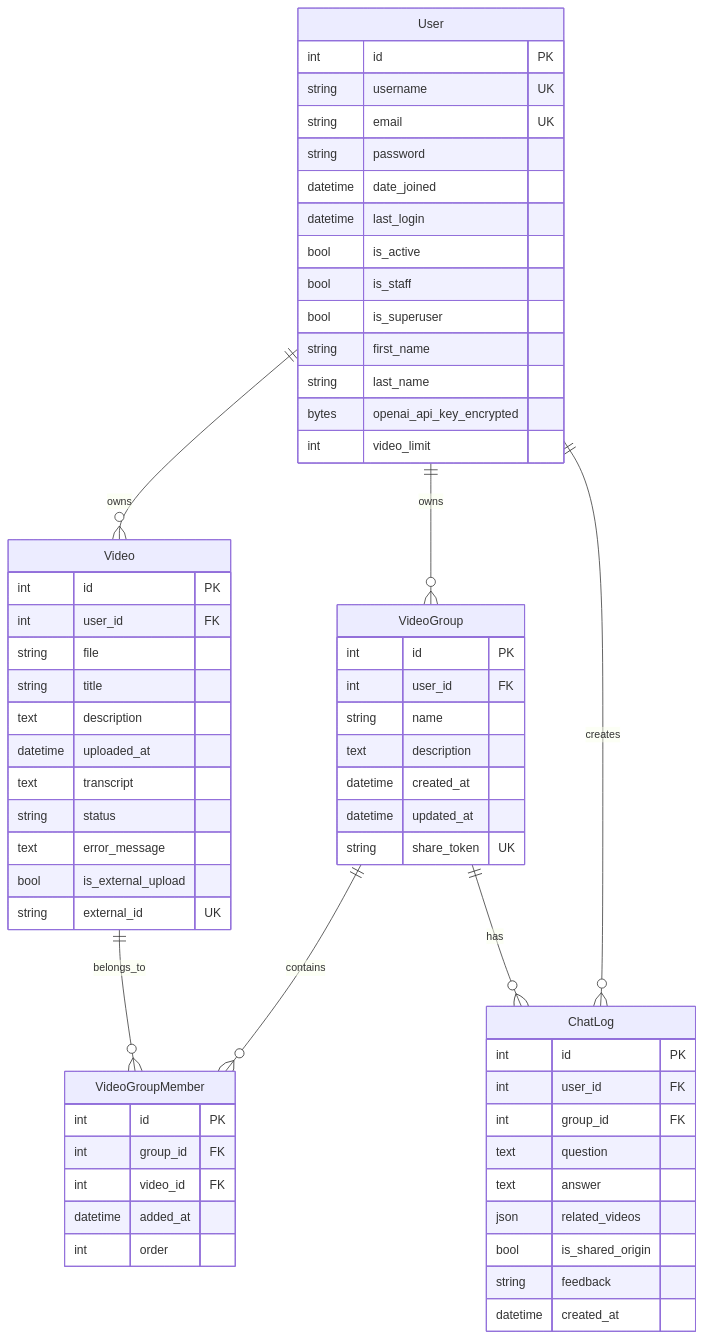
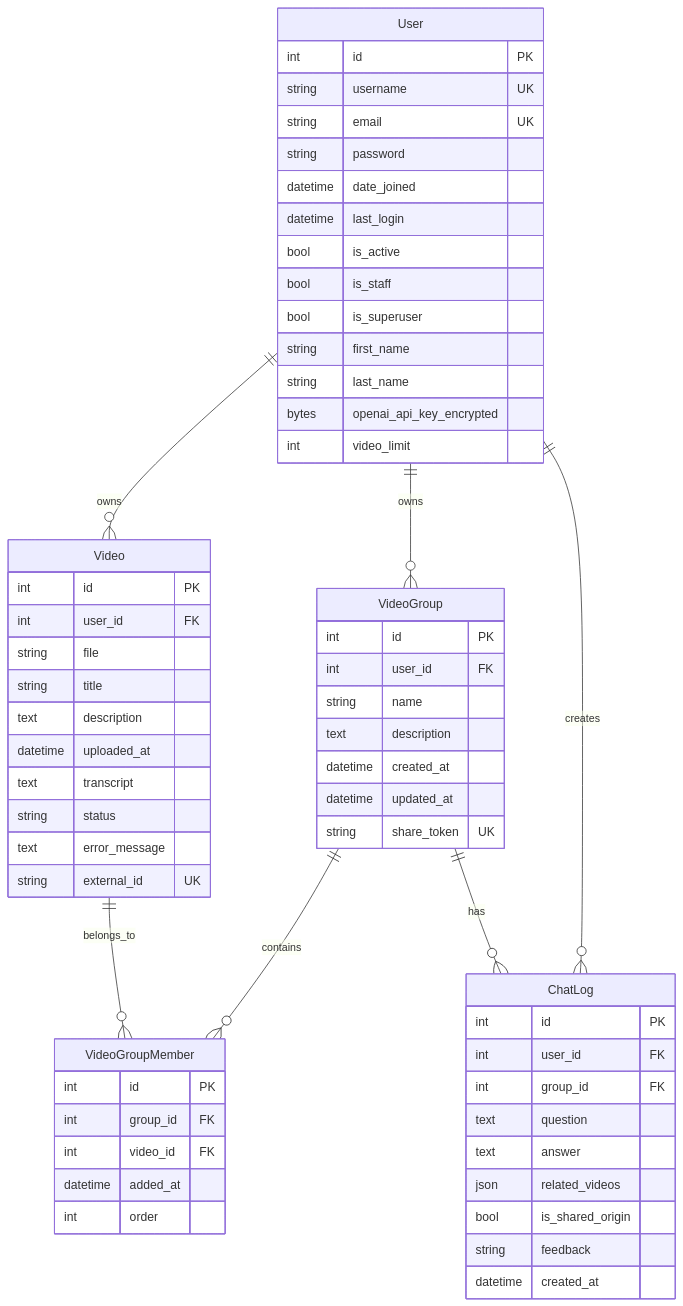
Before and after one commit to yukiharada1228/videoq: the diagram in docs/database/er-diagram.md, drawn with Mermaid. The commit also changed 3 other files, not shown here.

Commit message:
Remove is_external_upload field references from documentation

````diff
--- a/docs/database/er-diagram.md
+++ b/docs/database/er-diagram.md
@@ -9,69 +9,68 @@
 ```mermaid
 erDiagram
     User ||--o{ Video : owns
     User ||--o{ VideoGroup : owns
     User ||--o{ ChatLog : creates
     VideoGroup ||--o{ VideoGroupMember : contains
     Video ||--o{ VideoGroupMember : belongs_to
     VideoGroup ||--o{ ChatLog : has
     
     User {
         int id PK
         string username UK
         string email UK
         string password
         datetime date_joined
         datetime last_login
         bool is_active
         bool is_staff
         bool is_superuser
         string first_name
         string last_name
         bytes openai_api_key_encrypted
         int video_limit
     }
     
     Video {
         int id PK
         int user_id FK
         string file
         string title
         text description
         datetime uploaded_at
         text transcript
         string status
         text error_message
-        bool is_external_upload
         string external_id UK
     }
     
     VideoGroup {
         int id PK
         int user_id FK
         string name
         text description
         datetime created_at
         datetime updated_at
         string share_token UK
     }
     
     VideoGroupMember {
         int id PK
         int group_id FK
         int video_id FK
         datetime added_at
         int order
     }
     
     ChatLog {
         int id PK
         int user_id FK
         int group_id FK
         text question
         text answer
         json related_videos
         bool is_shared_origin
         string feedback
         datetime created_at
     }
 ```
````
